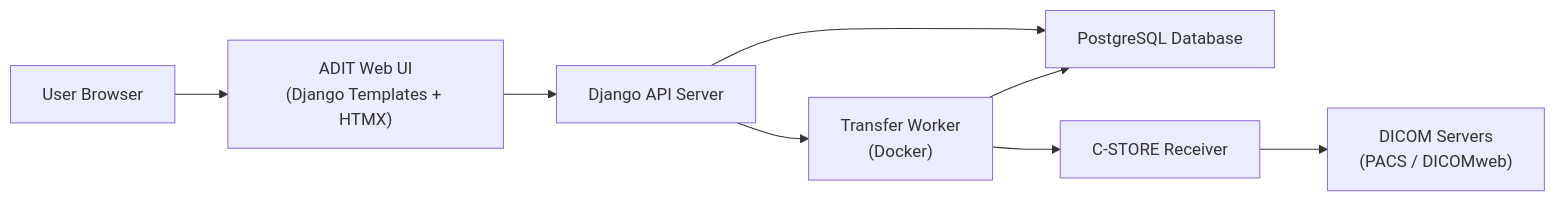
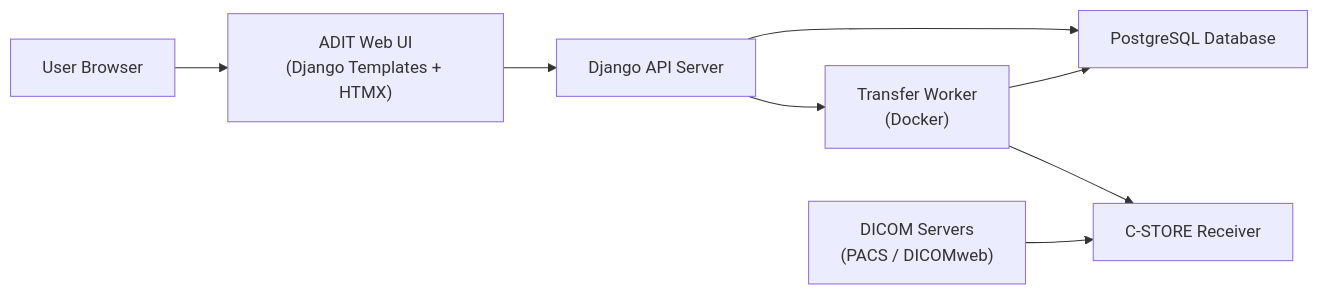
One commit to openradx/adit changed the first of 3 diagrams in docs/dev-docs/architecture.md. Above: the diagram before and after it, drawn with Mermaid. The commit also changed other lines of this file and 1 other file, not shown here.

````diff
--- a/docs/dev-docs/architecture.md
+++ b/docs/dev-docs/architecture.md
@@ -13,20 +13,20 @@
 ```mermaid
 
 flowchart LR
 
     UserBrowser["User Browser"]
     WebUI["ADIT Web UI<br/>(Django Templates + HTMX)"]
     DjangoAPI["Django API Server"]
     Worker["Transfer Worker<br/>(Docker)"]
     DB["PostgreSQL Database"]
     CStore["C-STORE Receiver"]
     DICOM["DICOM Servers<br/>(PACS / DICOMweb)"]
 
     UserBrowser --> WebUI --> DjangoAPI
     DjangoAPI --> Worker
     DjangoAPI --> DB
     Worker --> DB
     Worker --> CStore
-    CStore --> DICOM
+    DICOM --> CStore
 
 ```
````
